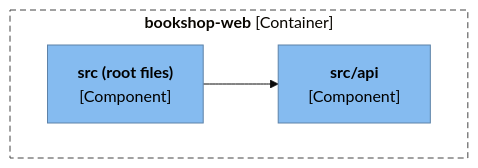
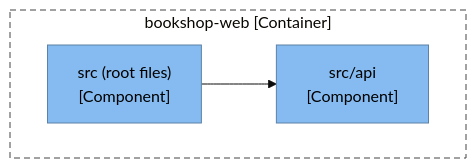
Before and after one commit to ythalorossy/architecture-skills: the third of 5 diagrams in tests/golden/bookshop/output/ArchitectureReport.md, drawn with Mermaid (base theme). The commit also changed other lines of this file and 51 other files, not shown here.

First line of the commit message:
fix(render): plain diagram labels keep the characters in code names

````diff
--- a/tests/golden/bookshop/output/ArchitectureReport.md
+++ b/tests/golden/bookshop/output/ArchitectureReport.md
@@ -116,18 +99,16 @@
 ```mermaid
 flowchart TB
-    subgraph boundary["`**bookshop-web** [Container]`"]
-        web_src__files["`**src (root files)**
-[Component]`"]
-        web_src_api["`**src/api**
-[Component]`"]
+    subgraph boundary["bookshop-web [Container]"]
+        web_src__files["src (root files)<br/>[Component]"]
+        web_src_api["src/api<br/>[Component]"]
     end
     web_src__files --> web_src_api
     classDef person fill:#08427b,stroke:#052e56,color:#ffffff
     classDef container fill:#1168bd,stroke:#0b4884,color:#ffffff
     classDef system fill:#1168bd,stroke:#0b4884,color:#ffffff
     classDef component fill:#85bbf0,stroke:#5d82a8,color:#000000
     classDef external fill:#999999,stroke:#6b6b6b,color:#ffffff
     classDef shared fill:#dbe9f6,stroke:#5d82a8,color:#000000,stroke-dasharray:4 3
     class web_src__files,web_src_api component
     style boundary fill:none,stroke:#444444,stroke-dasharray:6 4
 ```
````
